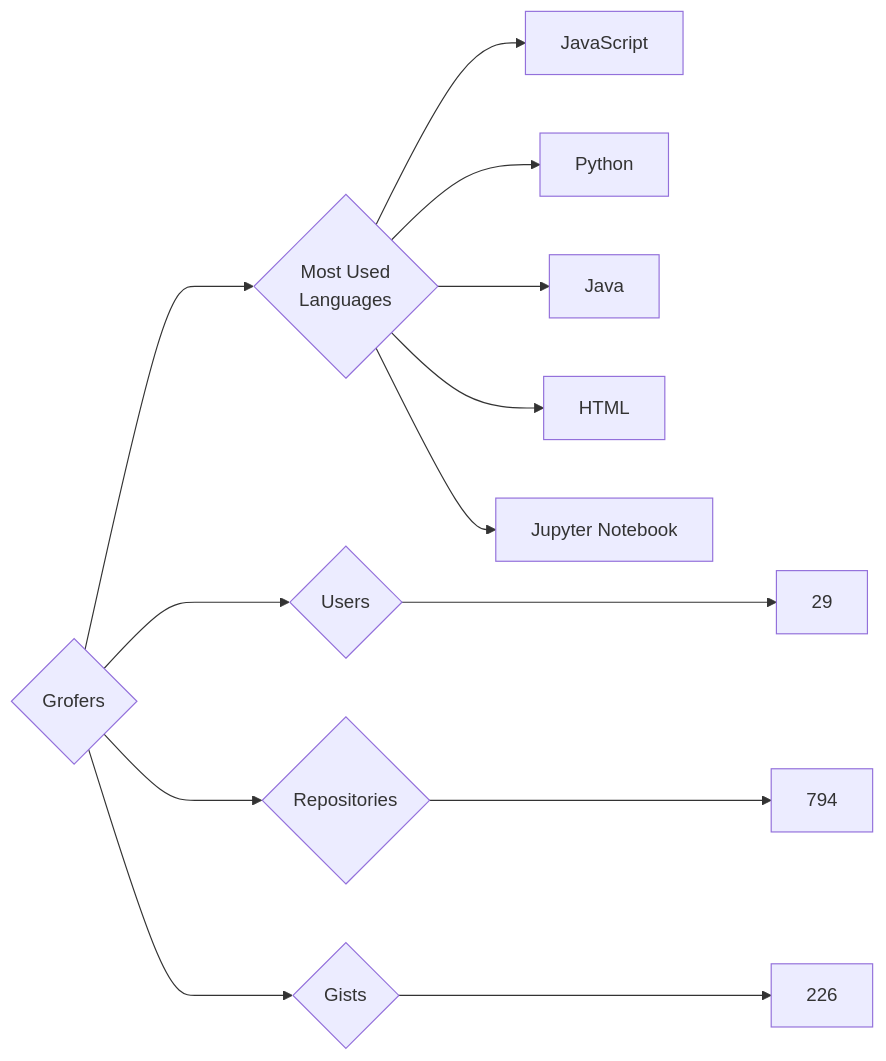
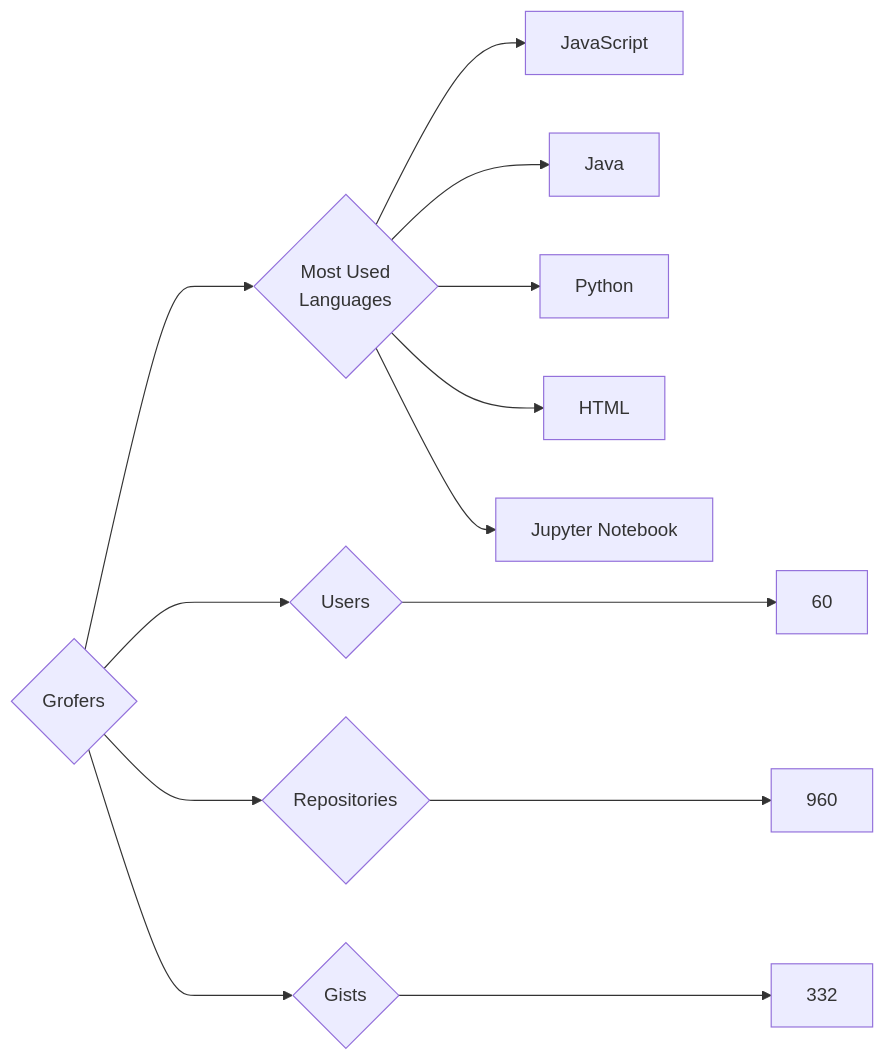
Before and after one commit to trickest/insiders: the diagram in targets/Grofers/README.md, drawn with Mermaid. The commit also changed 925 other files, not shown here.

````diff
--- a/targets/Grofers/README.md
+++ b/targets/Grofers/README.md
@@ -3,13 +3,13 @@
 ```mermaid
 graph LR
 COMPANY_NAME{Grofers}
-COMPANY_NAME ---> U{Users} ---> UN[29]
-COMPANY_NAME ---> R{Repositories} ---> RN[794]
-COMPANY_NAME ---> G{Gists} ---> GN[226]
+COMPANY_NAME ---> U{Users} ---> UN[60]
+COMPANY_NAME ---> R{Repositories} ---> RN[960]
+COMPANY_NAME ---> G{Gists} ---> GN[332]
 COMPANY_NAME ---> ML{Most Used<br>Languages}
 ML --> JavaScript[JavaScript]
+ML --> Java[Java]
 ML --> Python[Python]
-ML --> Java[Java]
 ML --> HTML[HTML]
 ML --> Jupyter_Notebook[Jupyter Notebook]
 ```
````
